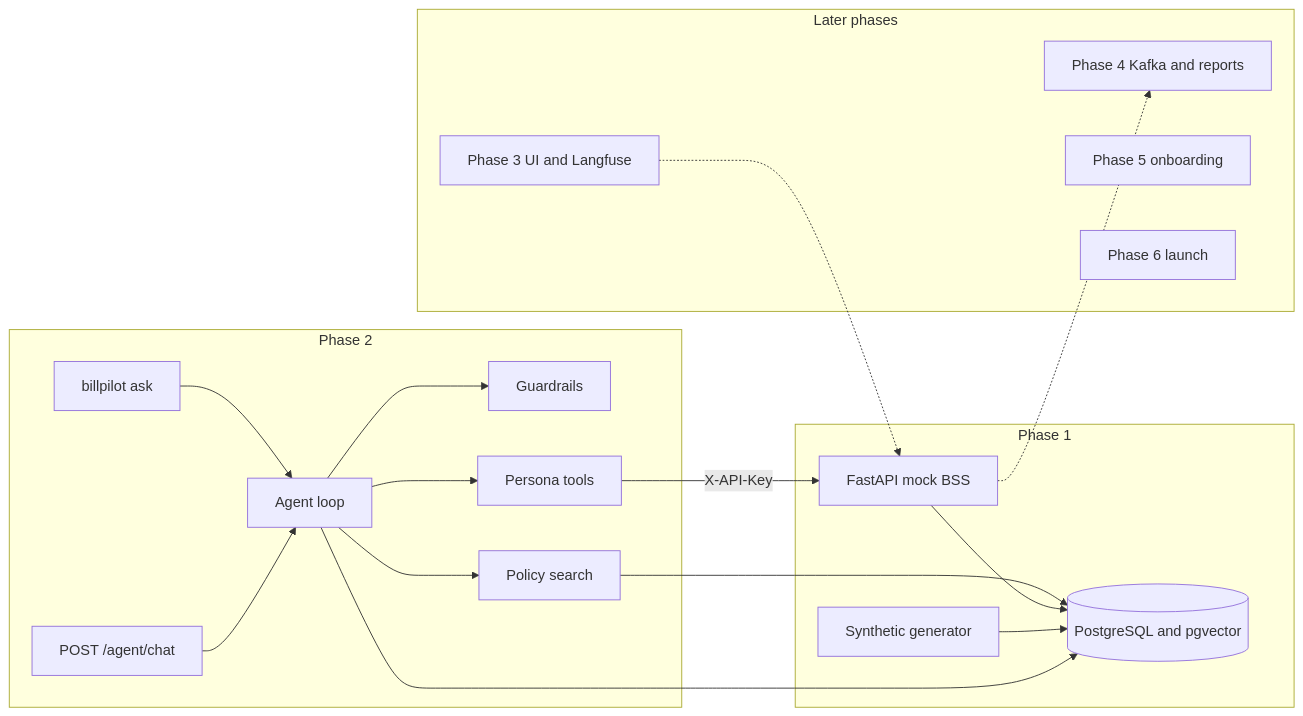
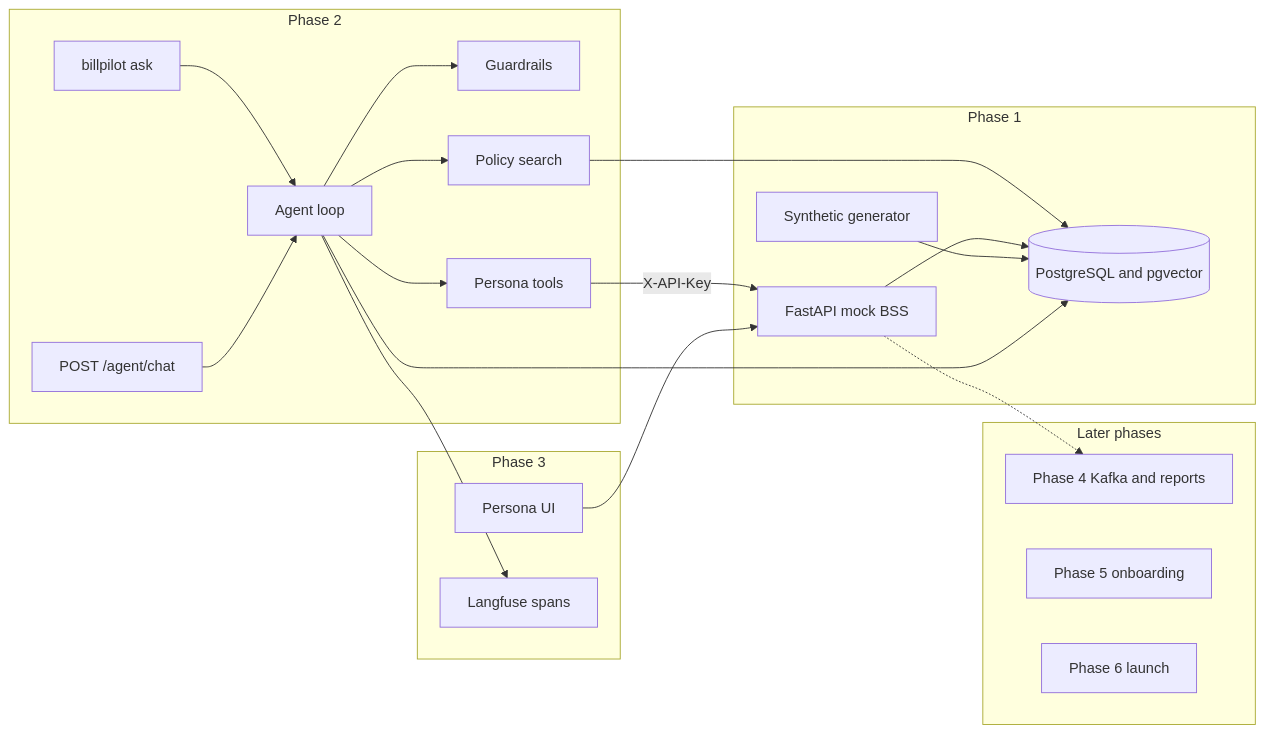
Before and after one commit to ajay206/billpilot: the diagram in README.md, drawn with Mermaid. The commit also changed other lines of this file and 61 other files, not shown here.

First line of the commit message:
Phase 3: persona UI, free-tier deploy, and Langfuse step traces

````diff
--- a/README.md
+++ b/README.md
@@ -15,34 +15,38 @@
 ```mermaid
 flowchart LR
   subgraph phase2 [Phase 2]
     CLI[billpilot ask]
     Chat[POST /agent/chat]
     Loop[Agent loop]
     Guard[Guardrails]
     Tools[Persona tools]
     RAG[Policy search]
   end
   subgraph phase1 [Phase 1]
     API[FastAPI mock BSS]
     DB[(PostgreSQL and pgvector)]
     Gen[Synthetic generator]
   end
+  subgraph phase3 [Phase 3]
+    UI[Persona UI]
+    Trace[Langfuse spans]
+  end
   subgraph later [Later phases]
-    UI["Phase 3 UI and Langfuse"]
     Broker["Phase 4 Kafka and reports"]
     Onboard[Phase 5 onboarding]
     Launch[Phase 6 launch]
   end
   CLI --> Loop
   Chat --> Loop
   Loop --> Guard
   Loop --> Tools
   Loop --> RAG
   Tools -->|X-API-Key| API
   RAG --> DB
   API --> DB
   Gen --> DB
   Loop --> DB
-  UI -.-> API
+  UI --> API
+  Loop --> Trace
   API -.-> Broker
 ```
````
